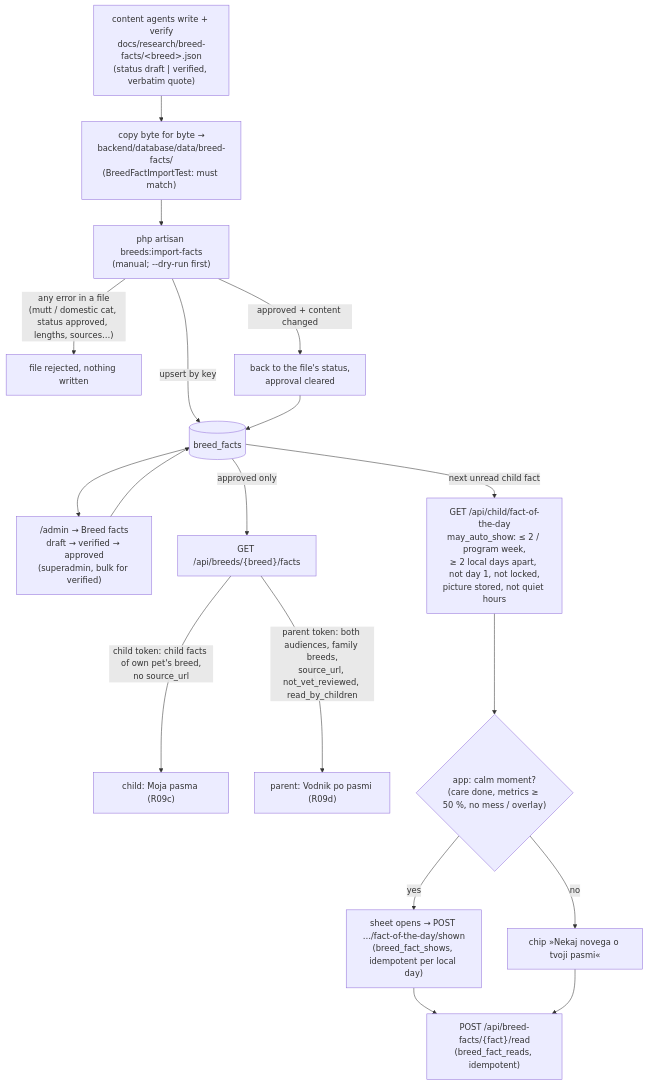
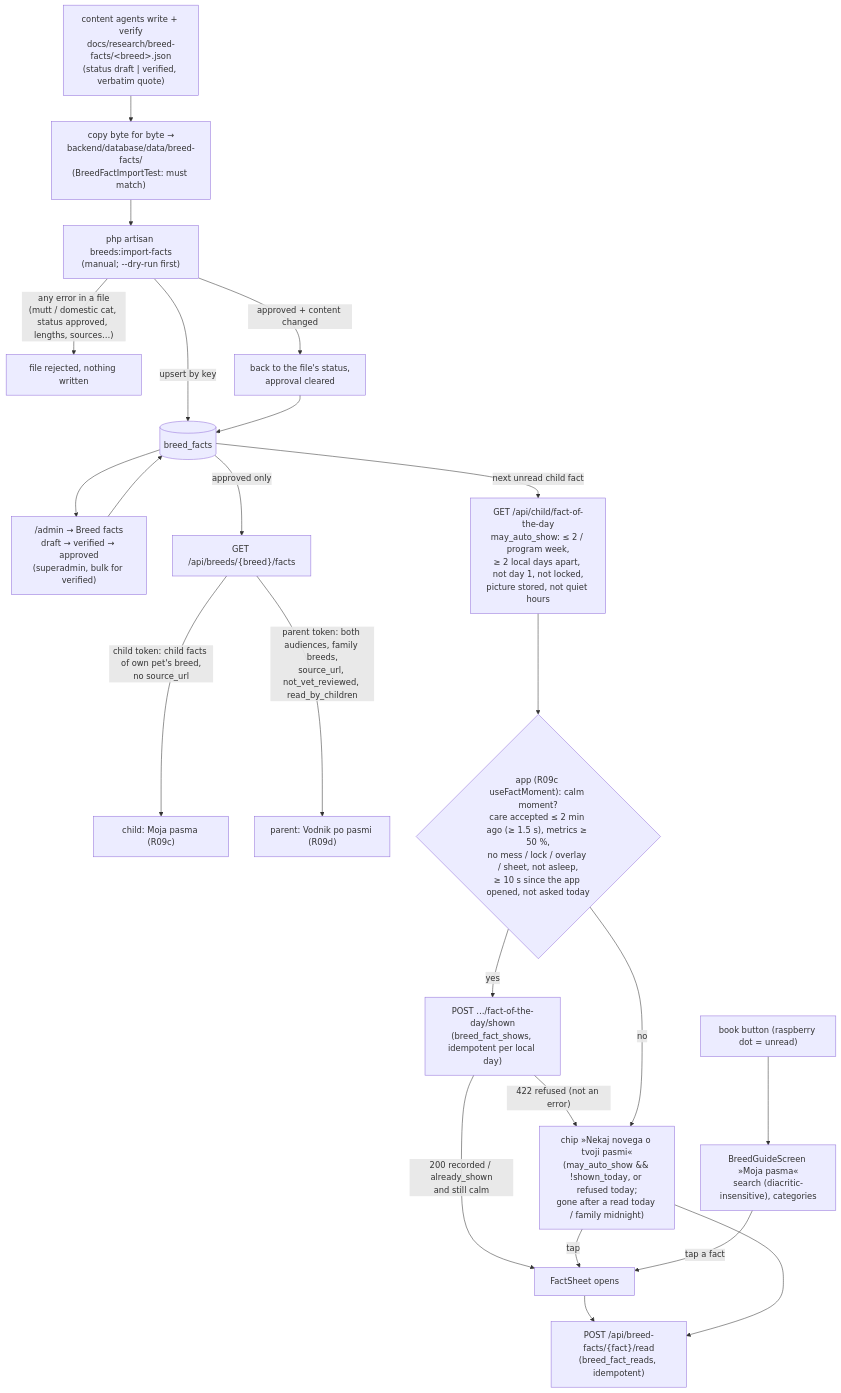
Before and after one commit to DataVallis/pet-prep: diagram 57 of 57 in docs/engineering/DIAGRAMS.md, drawn with Mermaid. The commit also changed other lines of this file and 8 other files, not shown here.

First line of the commit message:
docs: M5-R09c child breed facts — features, decisions, roadmap, audiences [M5-R09c]

````diff
--- a/docs/engineering/DIAGRAMS.md
+++ b/docs/engineering/DIAGRAMS.md
@@ -1643,20 +1643,25 @@
 ```mermaid
 flowchart TD
     W["content agents write + verify<br/>docs/research/breed-facts/&lt;breed&gt;.json<br/>(status draft | verified, verbatim quote)"] --> CP["copy byte for byte →<br/>backend/database/data/breed-facts/<br/>(BreedFactImportTest: must match)"]
     CP --> I["php artisan breeds:import-facts<br/>(manual; --dry-run first)"]
     I -->|"any error in a file<br/>(mutt / domestic cat, status approved, lengths, sources…)"| X["file rejected, nothing written"]
     I -->|"upsert by key"| DB[("breed_facts")]
     I -->|"approved + content changed"| RE["back to the file's status,<br/>approval cleared"]
     RE --> DB
     DB --> AD["/admin → Breed facts<br/>draft → verified → approved<br/>(superadmin, bulk for verified)"]
     AD --> DB
     DB -->|"approved only"| API1["GET /api/breeds/{breed}/facts"]
     API1 -->|"child token: child facts of own pet's breed,<br/>no source_url"| CH["child: Moja pasma (R09c)"]
     API1 -->|"parent token: both audiences, family breeds,<br/>source_url, not_vet_reviewed, read_by_children"| PA["parent: Vodnik po pasmi (R09d)"]
     DB -->|"next unread child fact"| FOD["GET /api/child/fact-of-the-day<br/>may_auto_show: ≤ 2 / program week,<br/>≥ 2 local days apart, not day 1, not locked,<br/>picture stored, not quiet hours"]
-    FOD --> APP{"app: calm moment?<br/>(care done, metrics ≥ 50 %, no mess / overlay)"}
-    APP -->|"yes"| SHEET["sheet opens → POST …/fact-of-the-day/shown<br/>(breed_fact_shows, idempotent per local day)"]
-    APP -->|"no"| CHIP["chip »Nekaj novega o tvoji pasmi«"]
+    FOD --> APP{"app (R09c useFactMoment): calm moment?<br/>care accepted ≤ 2 min ago (≥ 1.5 s), metrics ≥ 50 %,<br/>no mess / lock / overlay / sheet, not asleep,<br/>≥ 10 s since the app opened, not asked today"}
+    APP -->|"yes"| SHOWN["POST …/fact-of-the-day/shown<br/>(breed_fact_shows, idempotent per local day)"]
+    SHOWN -->|"200 recorded / already_shown<br/>and still calm"| SHEET["FactSheet opens"]
+    SHOWN -->|"422 refused (not an error)"| CHIP
+    APP -->|"no"| CHIP["chip »Nekaj novega o tvoji pasmi«<br/>(may_auto_show && !shown_today, or refused today;<br/>gone after a read today / family midnight)"]
+    CHIP -->|"tap"| SHEET
+    BOOK["book button (raspberry dot = unread)"] --> GUIDE["BreedGuideScreen »Moja pasma«<br/>search (diacritic-insensitive), categories"]
+    GUIDE -->|"tap a fact"| SHEET
     SHEET --> READ["POST /api/breed-facts/{fact}/read<br/>(breed_fact_reads, idempotent)"]
     CHIP --> READ
 ```
````
